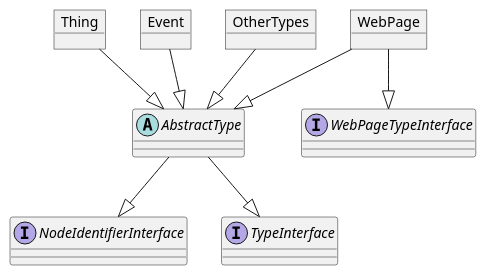
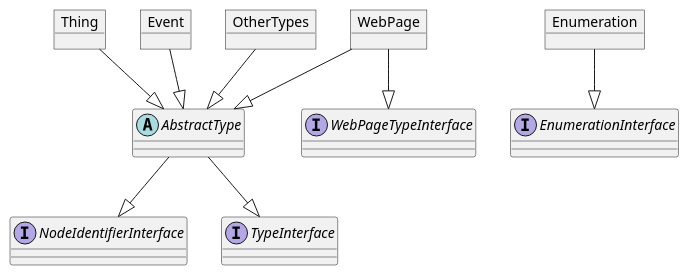
The diagram in Documentation/Developer/Api.rst (brotkrueml/schema), drawn with PlantUML before and after one commit. The commit also changed other lines of this file and 1 other file, not shown here.

Commit message:
docs: explain EnumerationInterface in API chapter

```diff
--- a/Documentation/Developer/Api.rst
+++ b/Documentation/Developer/Api.rst
@@ -252,19 +256,22 @@
 .. uml::
    :caption: Inheritance of the type models (namespaces are omitted for better readability)
 
    object Thing
    object Event
    object OtherTypes
    object WebPage
+   object Enumeration
    abstract AbstractType
    interface NodeIdentifierInterface
    interface TypeInterface
    interface WebPageTypeInterface
+   interface EnumerationInterface
 
    Thing --|> AbstractType
    Event --|> AbstractType
    OtherTypes --|> AbstractType
    WebPage --|> AbstractType
    AbstractType --|> TypeInterface
    AbstractType --|> NodeIdentifierInterface
    WebPage --|> WebPageTypeInterface
+   Enumeration --|> EnumerationInterface
```
